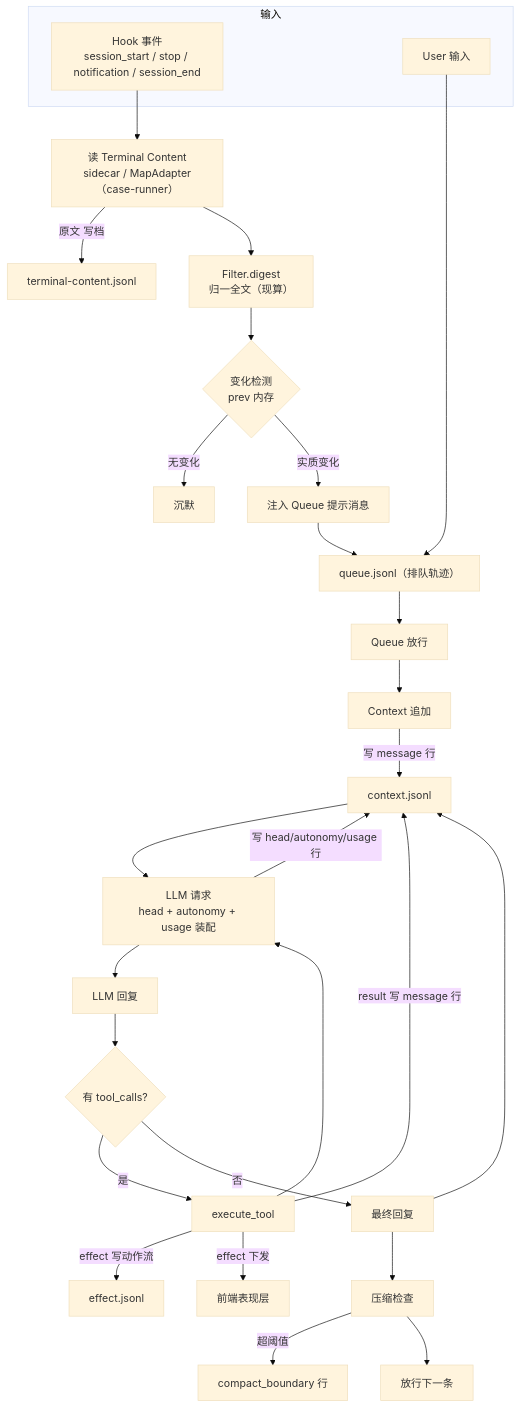
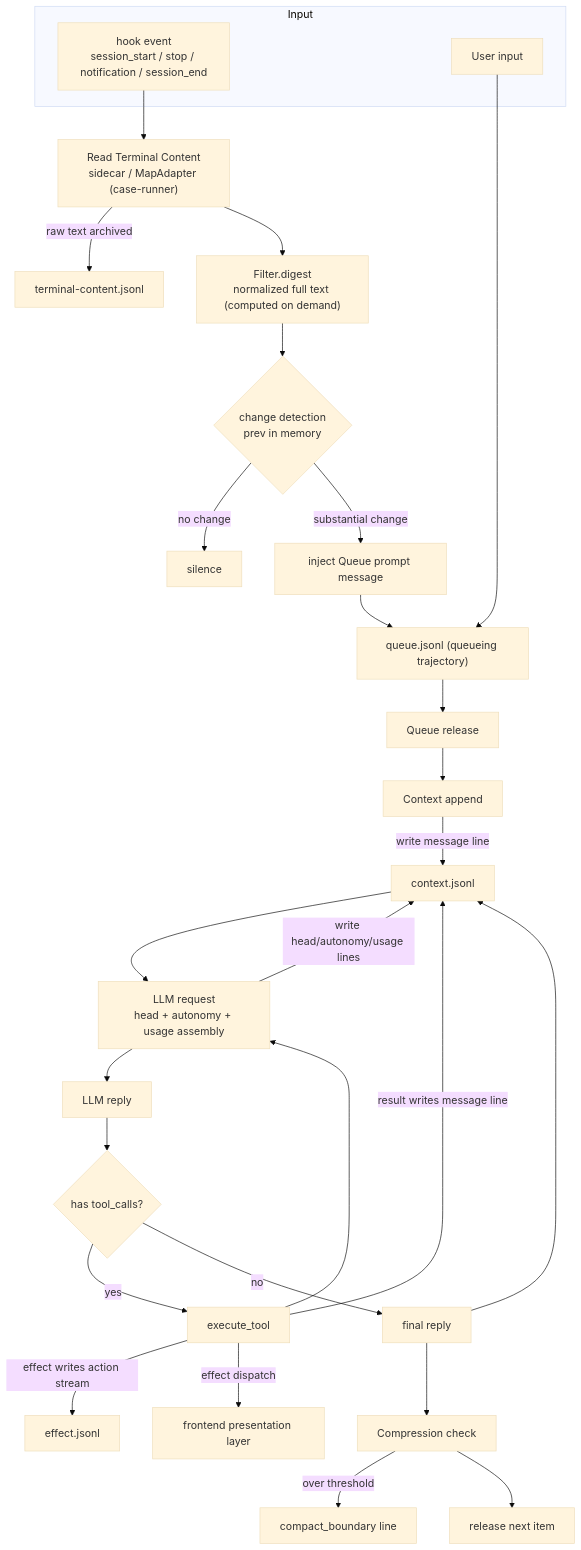
Before and after one commit to ambery-ai/ambery: the diagram in docs/processing-flow.md, drawn with Mermaid (base theme). The commit also changed other lines of this file and 92 other files, not shown here.

````diff
--- a/docs/processing-flow.md
+++ b/docs/processing-flow.md
@@ -87,39 +87,39 @@
 ```mermaid
 flowchart TD
-    subgraph 输入
-        HOOK["Hook 事件<br/>session_start / stop / notification / session_end"]
-        USER["User 输入"]
+    subgraph Input
+        HOOK["hook event<br/>session_start / stop / notification / session_end"]
+        USER["User input"]
     end
 
-    HOOK --> READ["读 Terminal Content<br/>sidecar / MapAdapter（case-runner）"]
+    HOOK --> READ["Read Terminal Content<br/>sidecar / MapAdapter (case-runner)"]
     USER --> QLOG
 
-    READ -->|"原文 写档"| TC["terminal-content.jsonl"]
-    READ --> FILTER["Filter.digest<br/>归一全文（现算）"]
-    FILTER --> DETECT{"变化检测<br/>prev 内存"}
+    READ -->|"raw text archived"| TC["terminal-content.jsonl"]
+    READ --> FILTER["Filter.digest<br/>normalized full text (computed on demand)"]
+    FILTER --> DETECT{"change detection<br/>prev in memory"}
 
-    DETECT -->|无变化| SILENT["沉默"]
-    DETECT -->|实质变化| ENQ["注入 Queue 提示消息"]
-    ENQ --> QLOG["queue.jsonl（排队轨迹）"]
+    DETECT -->|no change| SILENT["silence"]
+    DETECT -->|substantial change| ENQ["inject Queue prompt message"]
+    ENQ --> QLOG["queue.jsonl (queueing trajectory)"]
 
-    QLOG --> RELEASE["Queue 放行"]
-    RELEASE --> CTX["Context 追加"]
-    CTX -->|"写 message 行"| CL["context.jsonl"]
+    QLOG --> RELEASE["Queue release"]
+    RELEASE --> CTX["Context append"]
+    CTX -->|"write message line"| CL["context.jsonl"]
 
-    CL --> ASSEMBLE["LLM 请求<br/>head + autonomy + usage 装配"]
-    ASSEMBLE -->|"写 head/autonomy/usage 行"| CL
-    ASSEMBLE --> LLM["LLM 回复"]
-    LLM --> TOOLCALL{"有 tool_calls?"}
+    CL --> ASSEMBLE["LLM request<br/>head + autonomy + usage assembly"]
+    ASSEMBLE -->|"write head/autonomy/usage lines"| CL
+    ASSEMBLE --> LLM["LLM reply"]
+    LLM --> TOOLCALL{"has tool_calls?"}
 
-    TOOLCALL -->|是| EXEC["execute_tool"]
-    EXEC -->|"result 写 message 行"| CL
-    EXEC -->|"effect 写动作流"| EF["effect.jsonl"]
-    EXEC -->|"effect 下发"| FE["前端表现层"]
+    TOOLCALL -->|yes| EXEC["execute_tool"]
+    EXEC -->|"result writes message line"| CL
+    EXEC -->|"effect writes action stream"| EF["effect.jsonl"]
+    EXEC -->|"effect dispatch"| FE["frontend presentation layer"]
     EXEC --> ASSEMBLE
 
-    TOOLCALL -->|否| FINAL["最终回复"]
+    TOOLCALL -->|no| FINAL["final reply"]
     FINAL --> CL
-    FINAL --> COMPRESS["压缩检查"]
-    COMPRESS -->|超阈值| CB["compact_boundary 行"]
-    COMPRESS --> NEXT["放行下一条"]
+    FINAL --> COMPRESS["Compression check"]
+    COMPRESS -->|over threshold| CB["compact_boundary line"]
+    COMPRESS --> NEXT["release next item"]
 ```
````
